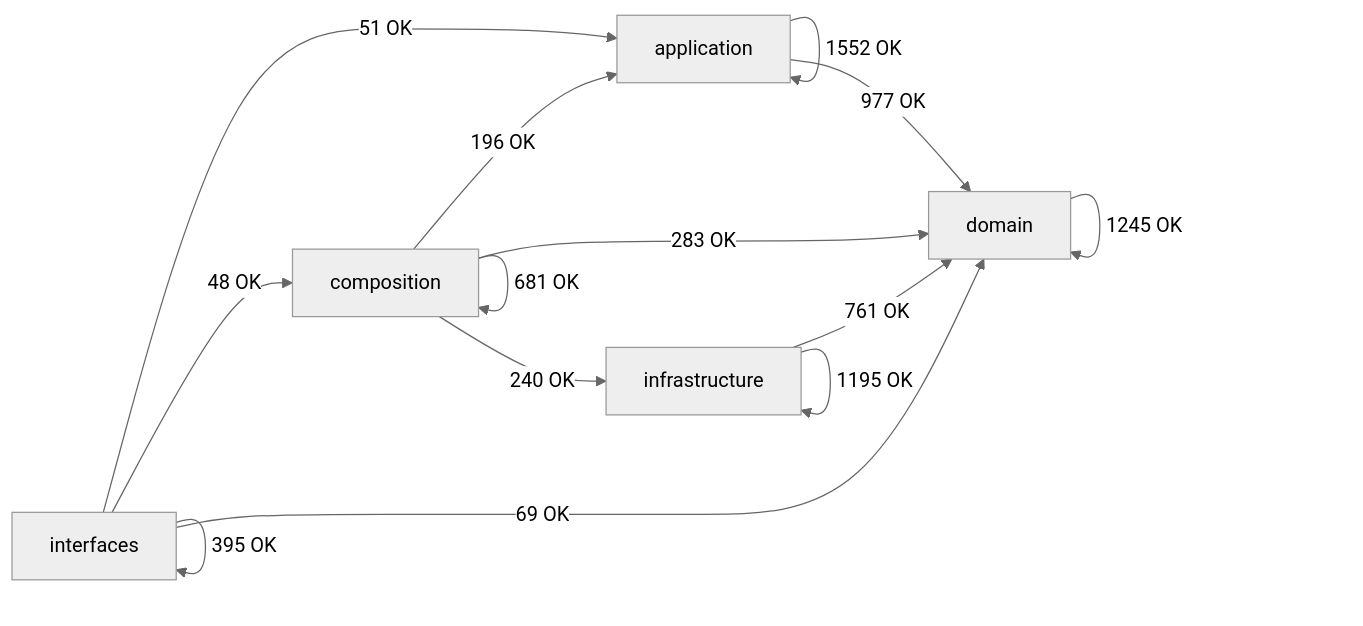
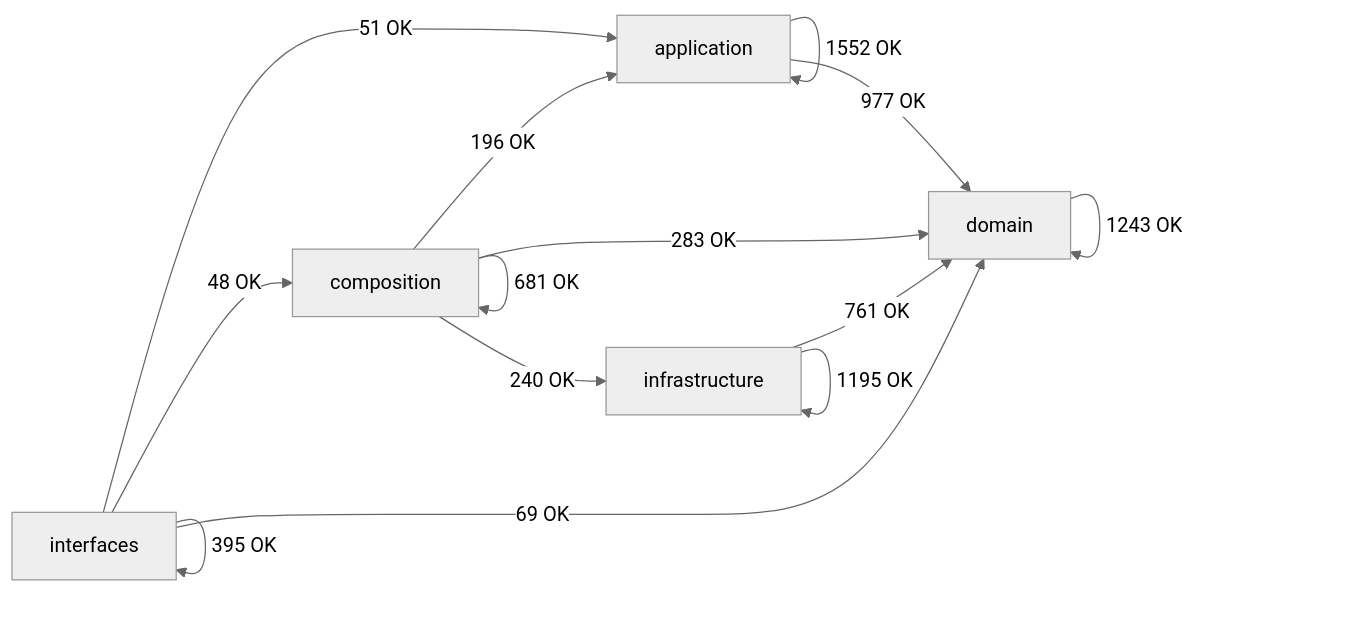
Before and after one commit to SatoryKono/BioactivityDataAcquisition: the diagram in docs/02-architecture/generated/module-dependency-map.md, drawn with Mermaid (neutral theme). The commit also changed other lines of this file and 170 other files, not shown here.

````diff
--- a/docs/02-architecture/generated/module-dependency-map.md
+++ b/docs/02-architecture/generated/module-dependency-map.md
@@ -17,21 +17,21 @@
 ```mermaid
 flowchart LR
     domain[domain]
     application[application]
     infrastructure[infrastructure]
     composition[composition]
     interfaces[interfaces]
     application -->|1552 OK| application
     application -->|977 OK| domain
     composition -->|196 OK| application
     composition -->|681 OK| composition
     composition -->|283 OK| domain
     composition -->|240 OK| infrastructure
-    domain -->|1245 OK| domain
+    domain -->|1243 OK| domain
     infrastructure -->|761 OK| domain
     infrastructure -->|1195 OK| infrastructure
     interfaces -->|51 OK| application
     interfaces -->|48 OK| composition
     interfaces -->|69 OK| domain
     interfaces -->|395 OK| interfaces
 ```
````
